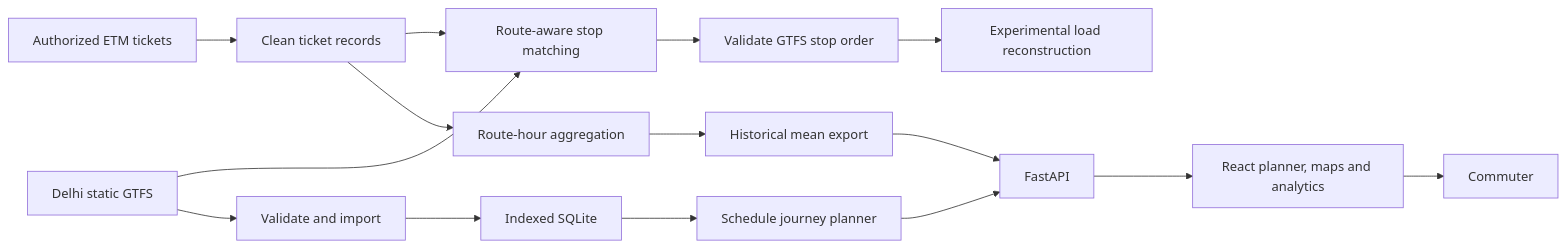
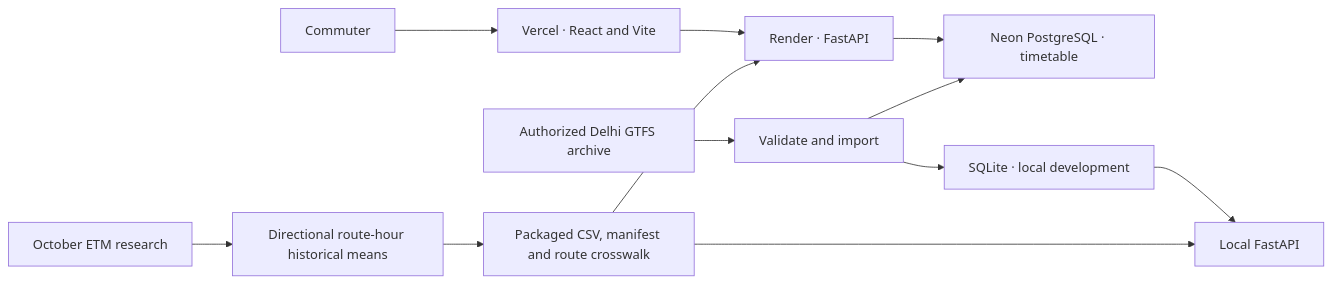
One commit to RISHI-0723/Safarnama changed the diagram in README.md. Above: the diagram before and after it, drawn with Mermaid. The commit also changed other lines of this file and 10 other files, not shown here.

````diff
--- a/README.md
+++ b/README.md
@@ -25,17 +48,14 @@
 ```mermaid
 flowchart LR
-    ETM["Authorized ETM tickets"] --> Clean["Clean ticket records"]
-    Clean --> Match["Route-aware stop matching"]
-    Match --> Order["Validate GTFS stop order"]
-    Order --> Research["Experimental load reconstruction"]
-    Clean --> Demand["Route-hour aggregation"]
-    Demand --> Mean["Historical mean export"]
-    GTFS["Delhi static GTFS"] --> Match
-    GTFS --> Import["Validate and import"]
-    Import --> SQLite["Indexed SQLite"]
-    SQLite --> Planner["Schedule journey planner"]
-    Planner --> API["FastAPI"]
-    Mean --> API
-    API --> UI["React planner, maps and analytics"]
-    UI --> Commuter["Commuter"]
+    User["Commuter"] --> Web["Vercel · React and Vite"]
+    Web --> API["Render · FastAPI"]
+    API --> PG["Neon PostgreSQL · timetable"]
+    GTFS["Authorized Delhi GTFS archive"] --> Import["Validate and import"]
+    Import --> PG
+    Import --> SQLite["SQLite · local development"]
+    SQLite --> Local["Local FastAPI"]
+    ETM["October ETM research"] --> Model["Directional route-hour historical means"]
+    Model --> Files["Packaged CSV, manifest and route crosswalk"]
+    Files --> API
+    Files --> Local
 ```
````
